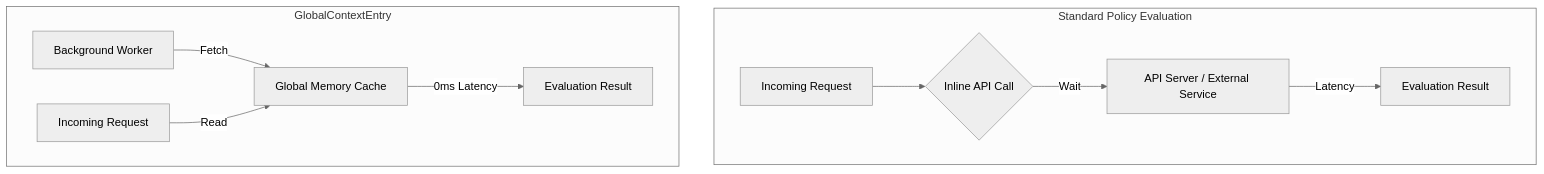
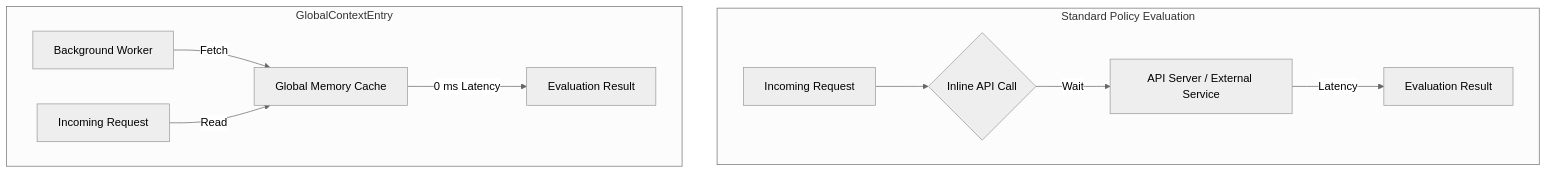
One commit to kyverno/kyverno changed the diagram in docs/user/global-context-caching.md. Above: the diagram before and after it, drawn with Mermaid (neutral theme). The commit also changed other lines of this file, not shown here.

`````diff
--- a/docs/user/global-context-caching.md
+++ b/docs/user/global-context-caching.md
@@ -40,14 +40,14 @@
 ````mermaid
 graph TD
     subgraph "Standard Policy Evaluation"
         A[Incoming Request] --> B{Inline API Call}
         B -->|Wait| C[API Server / External Service]
         C -->|Latency| D[Evaluation Result]
     end
 
     subgraph "GlobalContextEntry"
         E[Background Worker] -->|Fetch| F[Global Memory Cache]
         G[Incoming Request] -->|Read| F
-        F -->|0ms Latency| H[Evaluation Result]
+        F -->|0 ms Latency| H[Evaluation Result]
     end
 ````
`````
